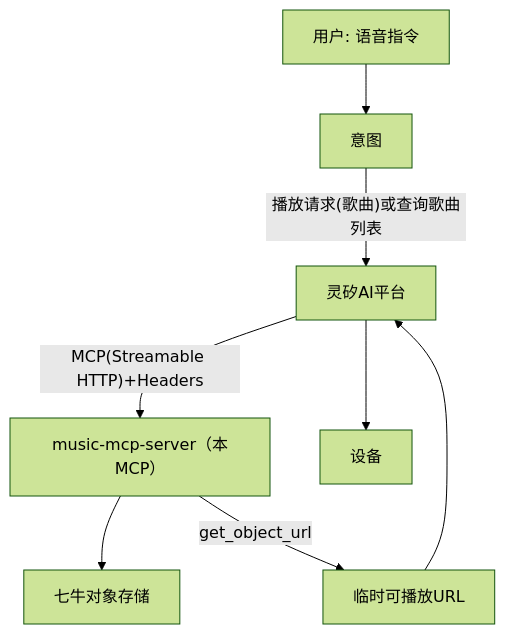
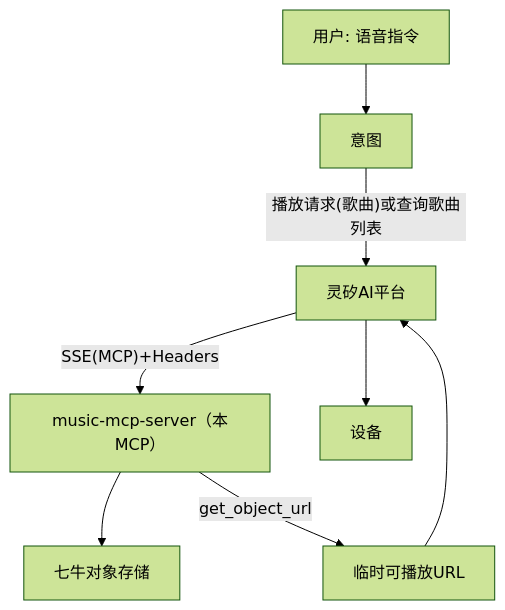
The diagram in docs/xrobot/mcp/example-music-pan.md (qiniu/Xrobot-docs), drawn with Mermaid (forest theme) before and after one commit. The commit also changed other lines of this file, not shown here.

Commit message:
[docs] 本次不改动 MCP 示例文档

````diff
--- a/docs/xrobot/mcp/example-music-pan.md
+++ b/docs/xrobot/mcp/example-music-pan.md
@@ -19,10 +19,10 @@
 ```mermaid
 flowchart TD
     U["用户: 语音指令"] --> NLU["意图"]
     NLU -->|"播放请求(歌曲)或查询歌曲列表"| SVR["灵矽AI平台"]
-    SVR -->|"MCP(Streamable HTTP)+Headers"| MCP["music-mcp-server（本MCP）"]
+    SVR -->|"SSE(MCP)+Headers"| MCP["music-mcp-server（本MCP）"]
     MCP --> KODO["七牛对象存储"]
     MCP -->|"get_object_url"| URL["临时可播放URL"]
     URL --> SVR
     SVR --> DEVICE["设备"]
 ```
````
